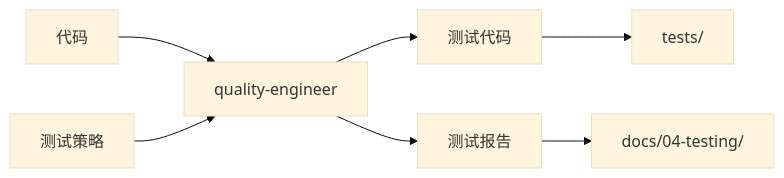
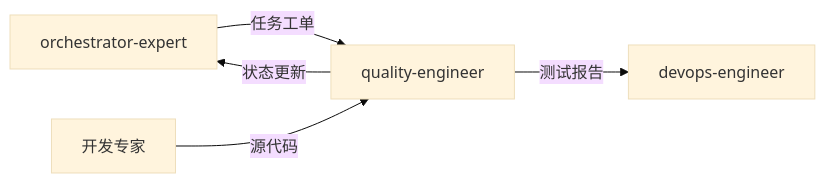
The diagram in skills/quality-engineer/SKILL.md (Tooooommy/Trae-Workflow), drawn with Mermaid (base theme) before and after one commit. The commit also changed other lines of this file and 2 other files, not shown here.

First line of the commit message:
refactor: optimize quality-engineer for orchestrator-expert workflow

````diff
--- a/skills/quality-engineer/SKILL.md
+++ b/skills/quality-engineer/SKILL.md
@@ -335,9 +89,7 @@
 ```mermaid
 flowchart LR
-    A[代码] --> B[quality-engineer]
-    C[测试策略] --> B
-    B --> D[测试代码]
-    B --> E[测试报告]
-    D --> F[tests/]
-    E --> G[docs/04-testing/]
+    A[orchestrator-expert] -->|任务工单| B[quality-engineer]
+    C[开发专家] -->|源代码| B
+    B -->|测试报告| D[devops-engineer]
+    B -->|状态更新| A
 ```
````
